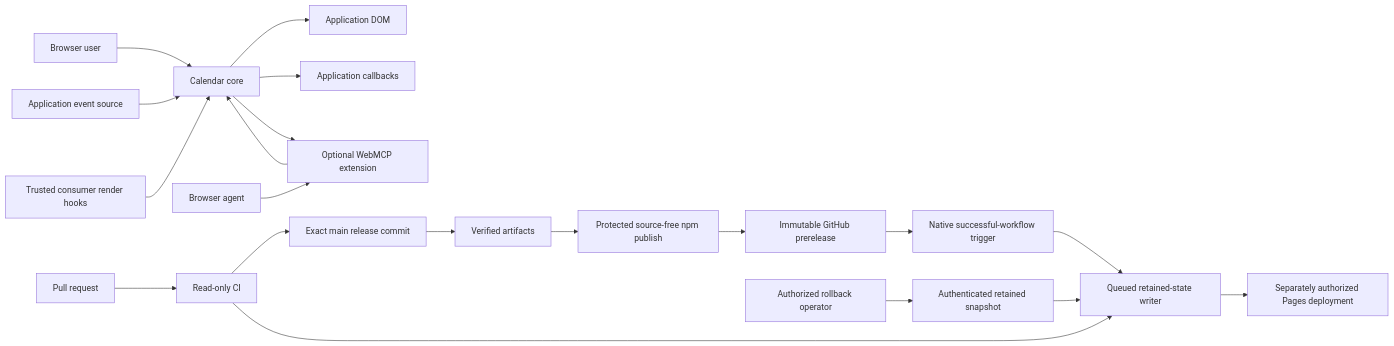
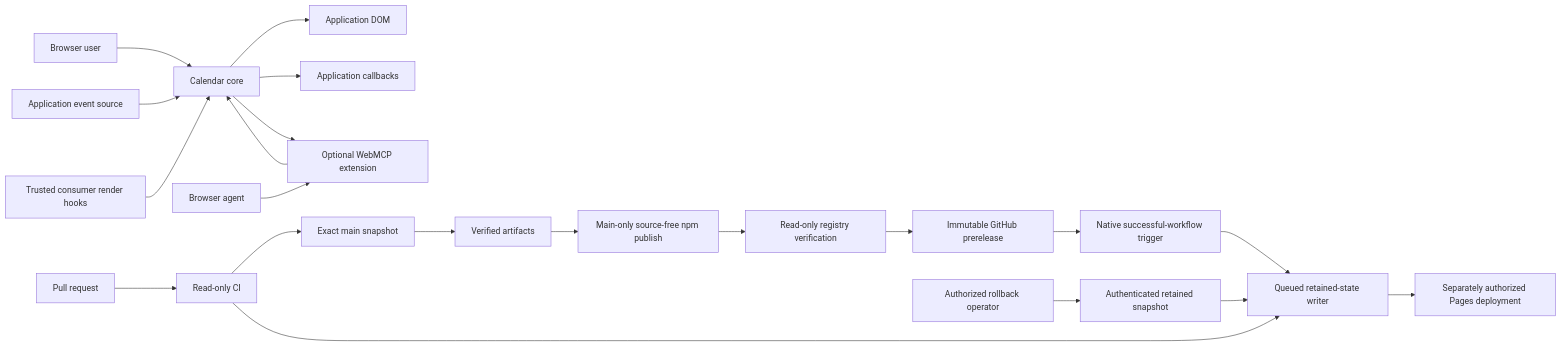
Before and after one commit to tryagaindev/litefold-calendar: the diagram in docs/security-model.md, drawn with Mermaid. The commit also changed other lines of this file and 168 other files, not shown here.

````diff
--- a/docs/security-model.md
+++ b/docs/security-model.md
@@ -46,26 +47,27 @@
 ```mermaid
 flowchart LR
   accTitle: Litefold Calendar runtime and publication trust paths
   accDescr {
-    At runtime, browser users, application event sources, trusted render hooks, and the optional WebMCP extension interact with the calendar core, DOM, and callbacks. Separately, read-only CI verifies the exact main commit and can update the queued retained-state writer directly. Verified artifacts pass through protected npm and an immutable GitHub prerelease before triggering that writer; an authorized rollback may instead supply an authenticated retained snapshot. The writer hands the exact snapshot to a separately authorized Pages deployment.
+    At runtime, browser users, application event sources, trusted render hooks, and the optional WebMCP extension interact with the calendar core, DOM, and callbacks. Separately, read-only CI verifies the exact main commit and can update the queued retained-state writer directly. Verified artifacts pass through main-only OIDC npm publication, read-only registry and unchanged-latest verification, and an immutable GitHub prerelease before triggering that writer; an authorized rollback may instead supply an authenticated retained snapshot. The writer hands the exact snapshot to a separately authorized Pages deployment.
   }
   U[Browser user] --> C[Calendar core]
   S[Application event source] --> C
   C --> D[Application DOM]
   C --> A[Application callbacks]
   M[Browser agent] --> W[Optional WebMCP extension]
   W --> C
   C --> W
   E[Trusted consumer render hooks] --> C
   P[Pull request] --> V[Read-only CI]
-  V --> R[Exact main release commit]
+  V --> R[Exact main snapshot]
   R --> B[Verified artifacts]
-  B --> N[Protected source-free npm publish]
-  N --> G[Immutable GitHub prerelease]
+  B --> N[Main-only source-free npm publish]
+  N --> L[Read-only registry verification]
+  L --> G[Immutable GitHub prerelease]
   G --> Q[Native successful-workflow trigger]
   V --> X[Queued retained-state writer]
   Q --> X
   O[Authorized rollback operator] --> T[Authenticated retained snapshot]
   T --> X
   X --> H[Separately authorized Pages deployment]
 ```
````
